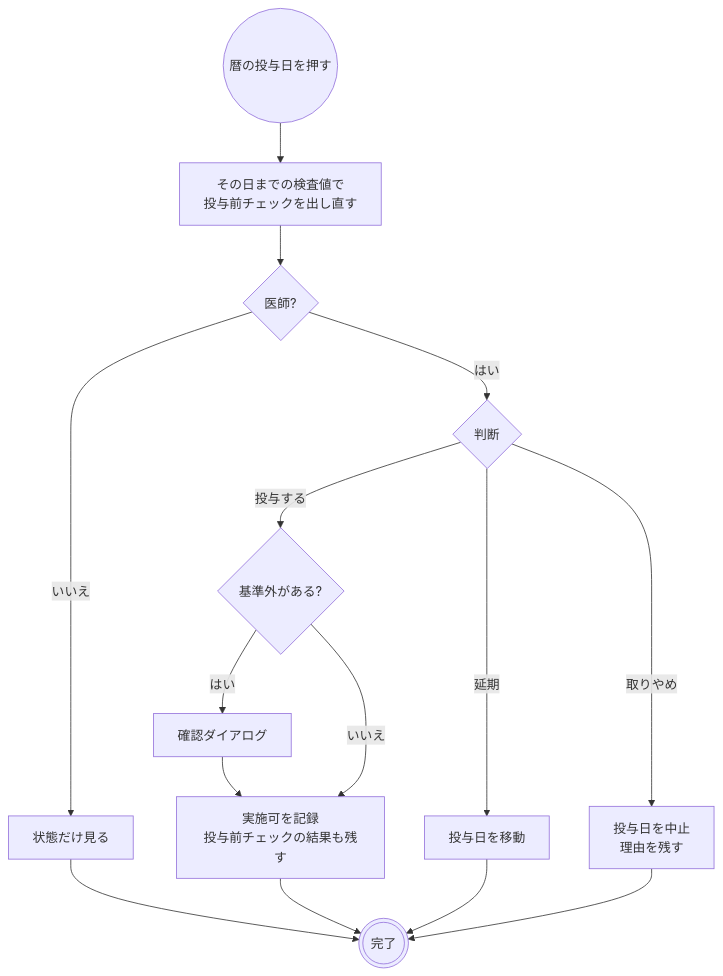
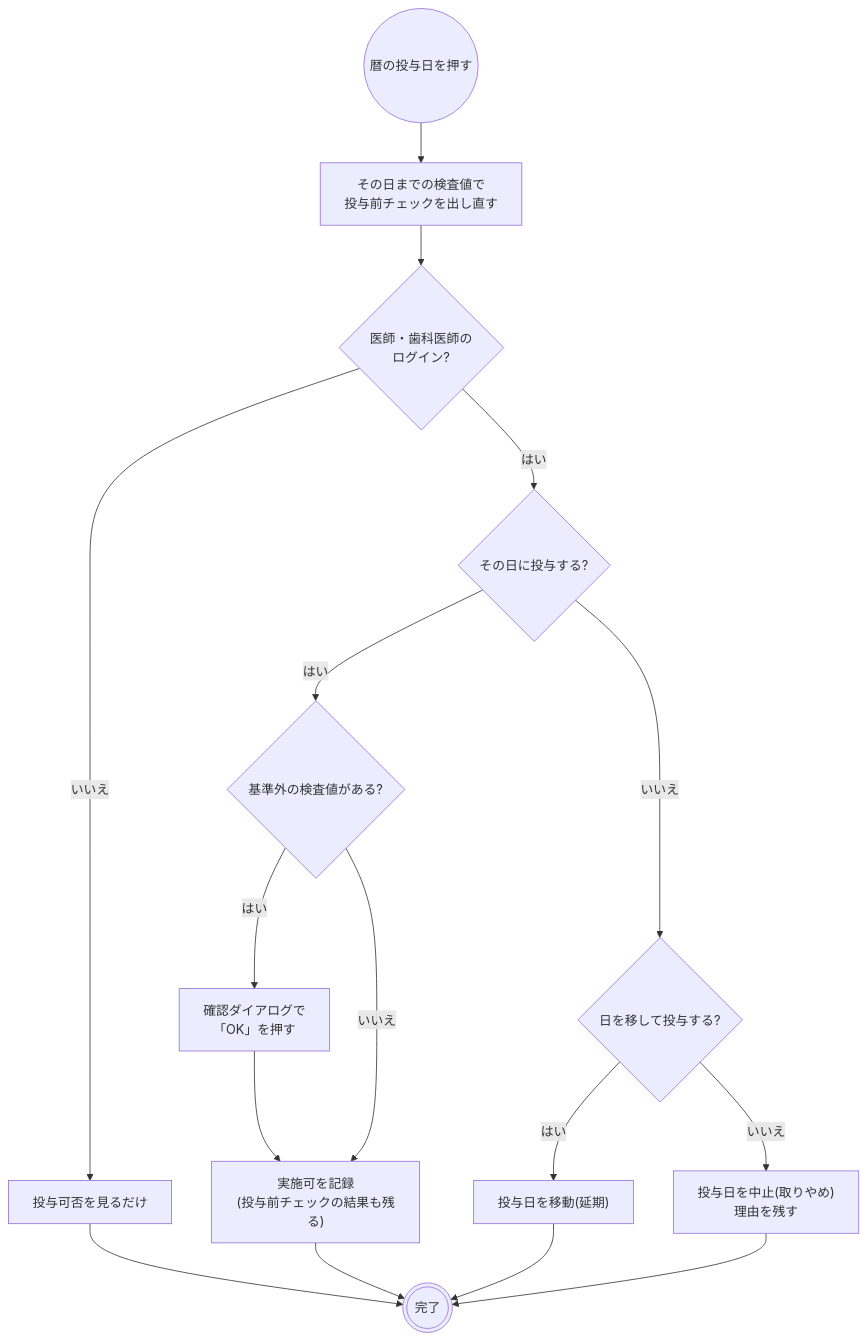
The third of 3 diagrams in docs/flows/chemotherapy.md (ysnr-dev/fhir-client-docs), drawn with Mermaid before and after one commit. The commit also changed other lines of this file and 43 other files, not shown here.

Commit message:
docs: 業務フローとシーケンス図を写し直し

````diff
--- a/docs/flows/chemotherapy.md
+++ b/docs/flows/chemotherapy.md
@@ -152,24 +161,26 @@
 ```mermaid
 flowchart TD
   open(("暦の投与日を押す"))
   recheck["その日までの検査値で<br/>投与前チェックを出し直す"]
-  doctor{"医師?"}
-  view["状態だけ見る"]
-  judge{"判断"}
-  out{"基準外がある?"}
-  ask["確認ダイアログ"]
-  record["実施可を記録<br/>投与前チェックの結果も残す"]
-  move["投与日を移動"]
-  cancel["投与日を中止<br/>理由を残す"]
+  doctor{"医師・歯科医師の<br/>ログイン?"}
+  view["投与可否を見るだけ"]
+  judge{"その日に投与する?"}
+  out{"基準外の検査値がある?"}
+  ask["確認ダイアログで<br/>「OK」を押す"]
+  record["実施可を記録<br/>(投与前チェックの結果も残る)"]
+  later{"日を移して投与する?"}
+  move["投与日を移動(延期)"]
+  cancel["投与日を中止(取りやめ)<br/>理由を残す"]
   done((("完了")))
 
   open --> recheck --> doctor
   doctor -- "いいえ" --> view --> done
   doctor -- "はい" --> judge
-  judge -- "投与する" --> out
+  judge -- "はい" --> out
   out -- "はい" --> ask --> record
   out -- "いいえ" --> record
   record --> done
-  judge -- "延期" --> move --> done
-  judge -- "取りやめ" --> cancel --> done
+  judge -- "いいえ" --> later
+  later -- "はい" --> move --> done
+  later -- "いいえ" --> cancel --> done
 ```
````
